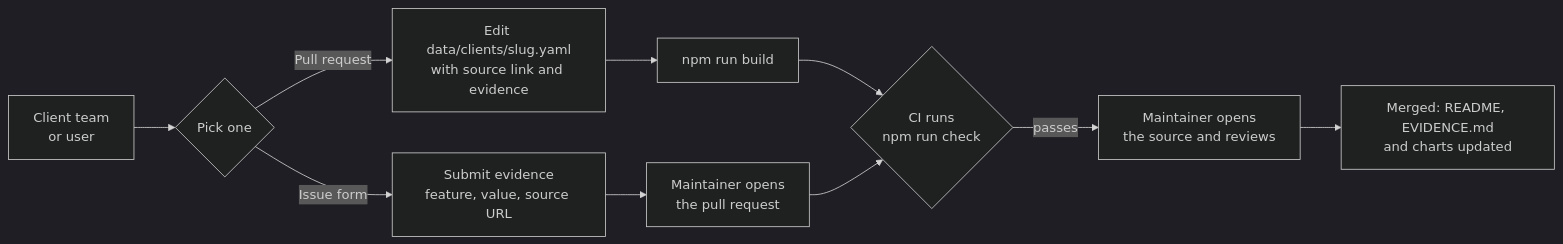
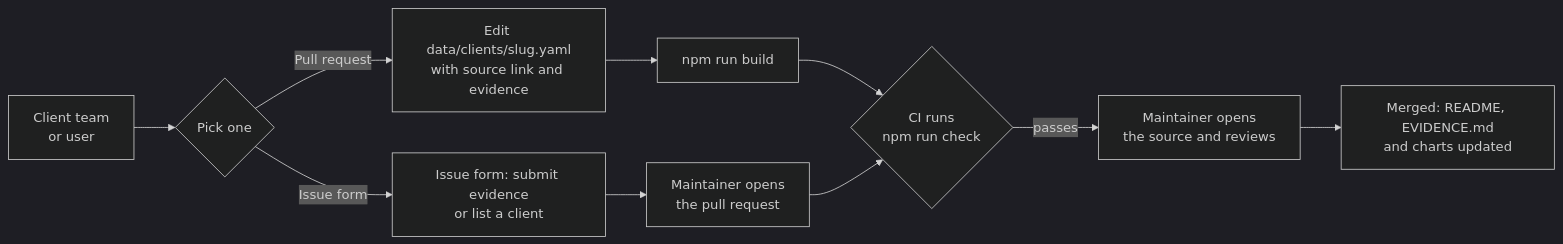
One commit to StackOneHQ/mcp-clients-scorecard changed the fourth of 4 diagrams in README.md. Above: the diagram before and after it, drawn with Mermaid (dark theme). The commit also changed other lines of this file and 29 other files, not shown here.

First line of the commit message:
fix: address review comments, add client listing flow, logo markers and CI rebuild

````diff
--- a/README.md
+++ b/README.md
@@ -166,12 +166,12 @@
 ```mermaid
 flowchart LR
     A["Client team<br/>or user"] --> B{"Pick one"}
     B -->|"Pull request"| C["Edit data/clients/slug.yaml<br/>with source link and evidence"]
     C --> E["npm run build"]
     E --> F{"CI runs<br/>npm run check"}
-    B -->|"Issue form"| D["Submit evidence<br/>feature, value, source URL"]
+    B -->|"Issue form"| D["Issue form: submit evidence<br/>or list a client"]
     D --> M["Maintainer opens<br/>the pull request"]
     M --> F
     F -->|"passes"| G["Maintainer opens<br/>the source and reviews"]
     G --> H["Merged: README, EVIDENCE.md<br/>and charts updated"]
 ```
````
